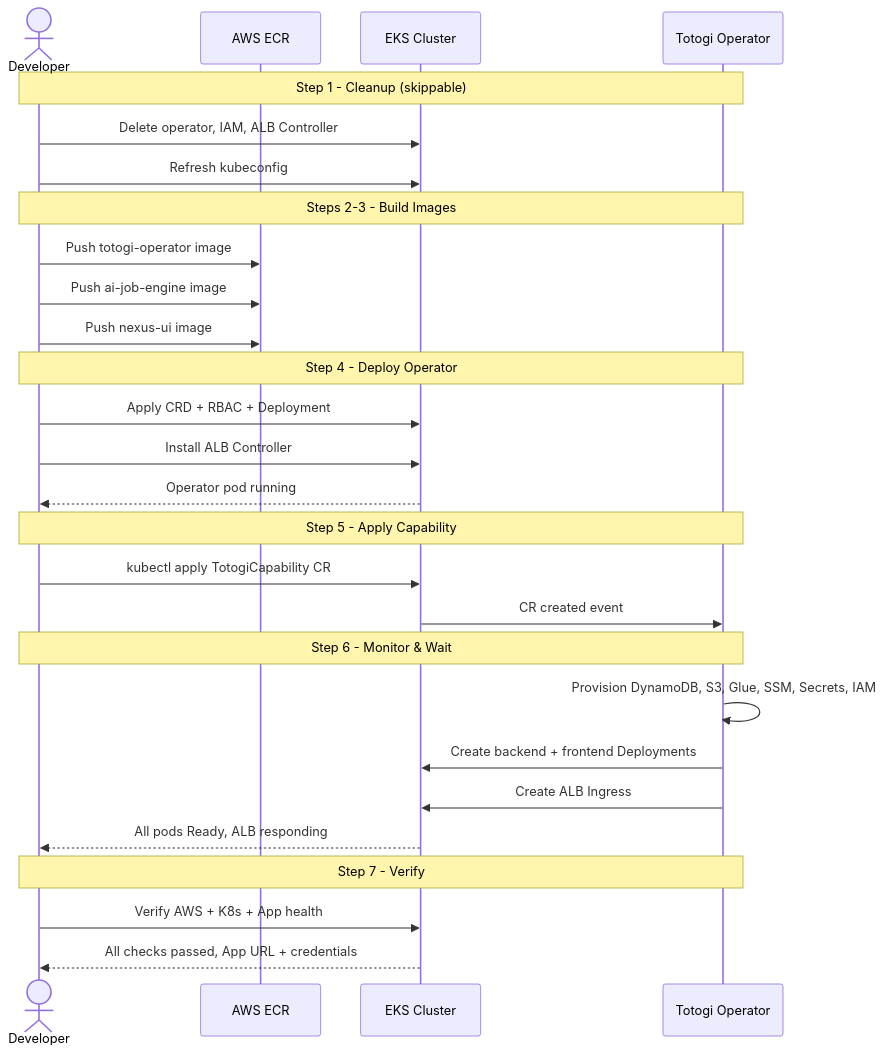
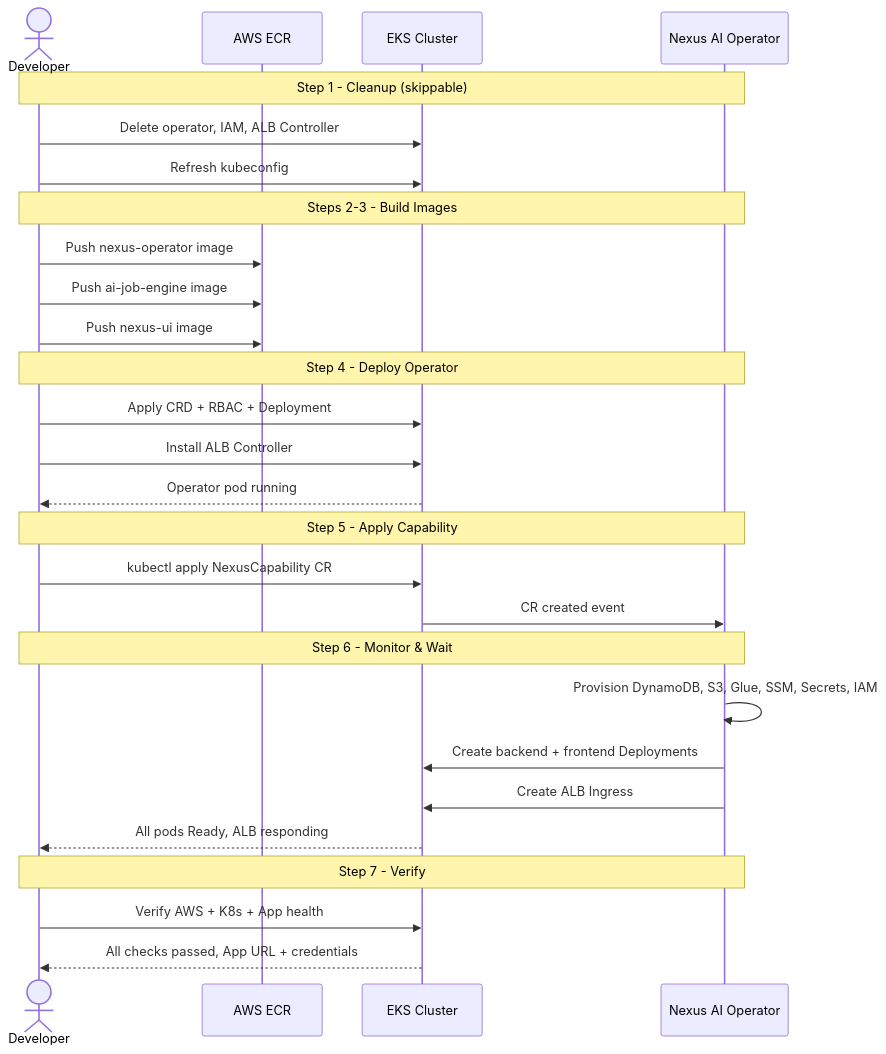
The second of 2 diagrams in doc/operator/README.md (nexusdataai/nexus-deployer), drawn with Mermaid before and after one commit. The commit also changed other lines of this file and 198 other files, not shown here.

````diff
--- a/doc/operator/README.md
+++ b/doc/operator/README.md
@@ -157,35 +157,35 @@
 ```mermaid
 sequenceDiagram
     actor Dev as Developer
     participant ECR as AWS ECR
     participant EKS as EKS Cluster
-    participant Op as Totogi Operator
+    participant Op as Nexus AI Operator
 
     Note over Dev,Op: Step 1 - Cleanup (skippable)
     Dev->>EKS: Delete operator, IAM, ALB Controller
     Dev->>EKS: Refresh kubeconfig
 
     Note over Dev,Op: Steps 2-3 - Build Images
-    Dev->>ECR: Push totogi-operator image
+    Dev->>ECR: Push nexus-operator image
     Dev->>ECR: Push ai-job-engine image
     Dev->>ECR: Push nexus-ui image
 
     Note over Dev,Op: Step 4 - Deploy Operator
     Dev->>EKS: Apply CRD + RBAC + Deployment
     Dev->>EKS: Install ALB Controller
     EKS-->>Dev: Operator pod running
 
     Note over Dev,Op: Step 5 - Apply Capability
-    Dev->>EKS: kubectl apply TotogiCapability CR
+    Dev->>EKS: kubectl apply NexusCapability CR
     EKS->>Op: CR created event
 
     Note over Dev,Op: Step 6 - Monitor & Wait
     Op->>Op: Provision DynamoDB, S3, Glue, SSM, Secrets, IAM
     Op->>EKS: Create backend + frontend Deployments
     Op->>EKS: Create ALB Ingress
     EKS-->>Dev: All pods Ready, ALB responding
 
     Note over Dev,Op: Step 7 - Verify
     Dev->>EKS: Verify AWS + K8s + App health
     EKS-->>Dev: All checks passed, App URL + credentials
 ```
````
